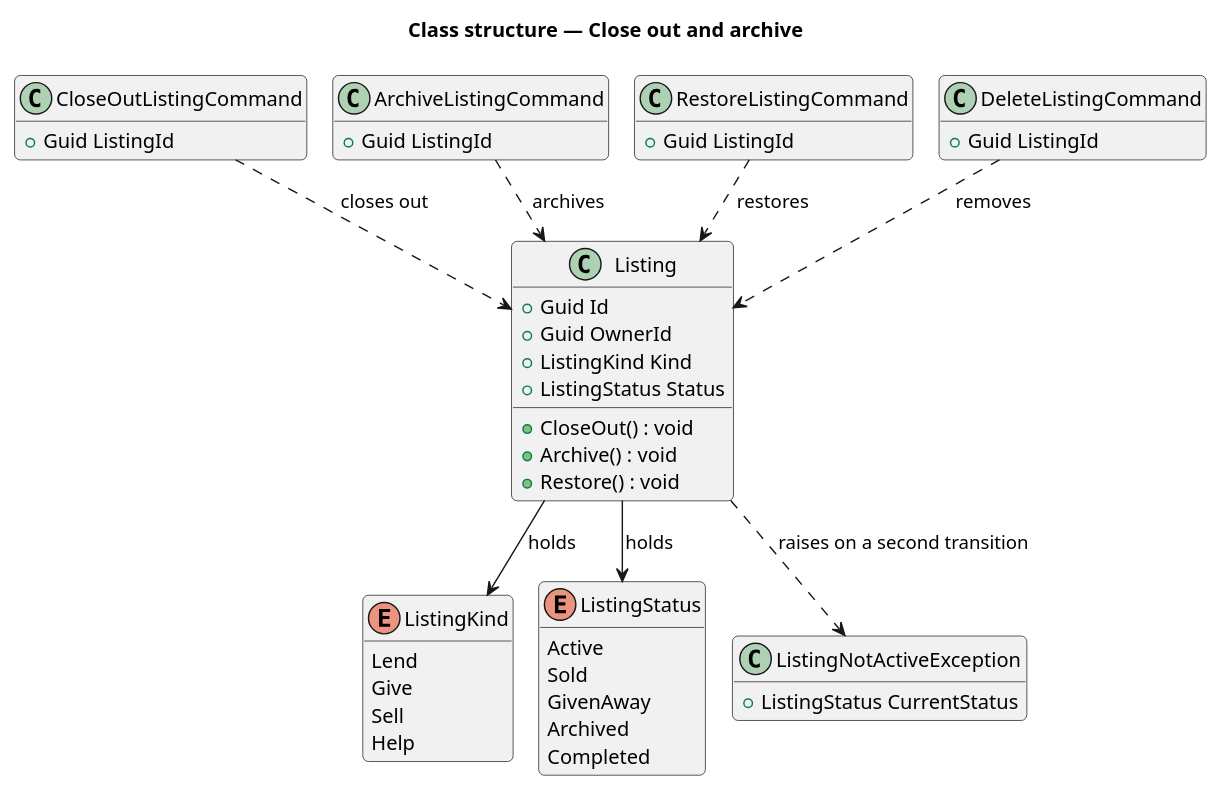
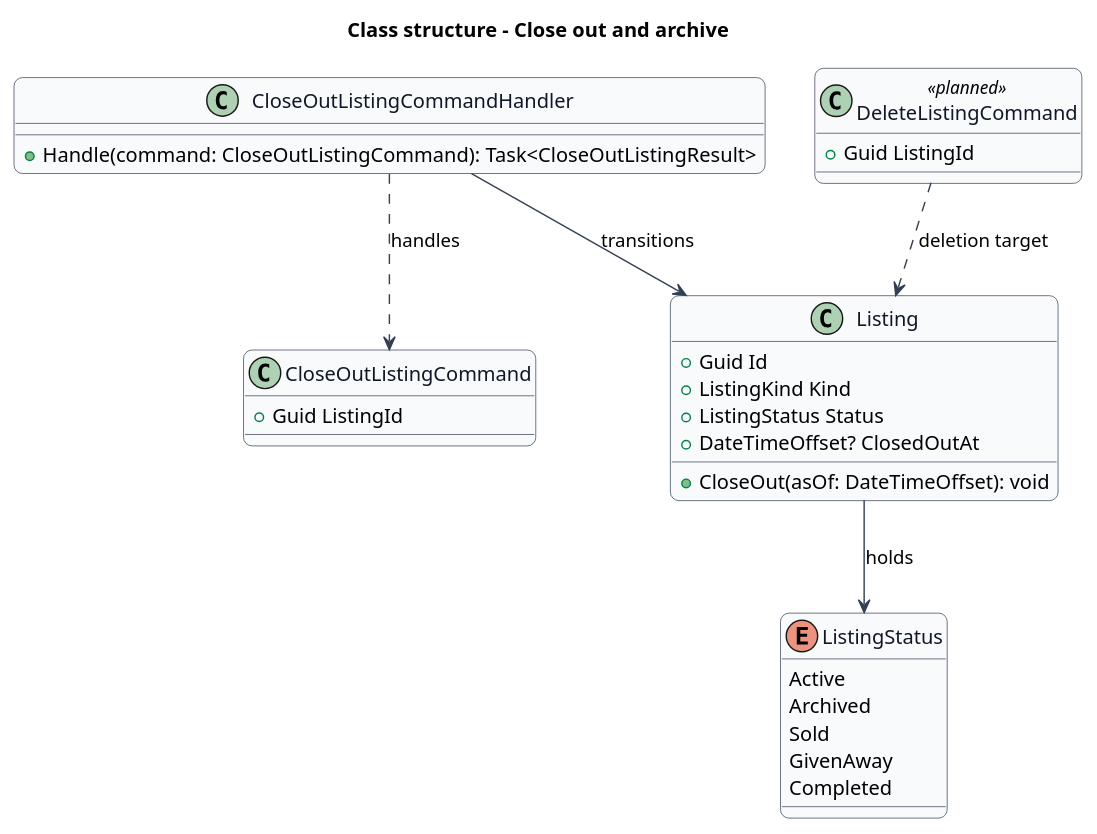
One commit to QuinntyneBrown/Barnabas changed the diagram in docs/detailed-designs/listings/close-out-and-archive/diagrams/class-structure.puml. Above: the diagram before and after it, drawn with PlantUML. The commit also changed 511 other files, not shown here.

```diff
--- a/docs/detailed-designs/listings/close-out-and-archive/diagrams/class-structure.puml
+++ b/docs/detailed-designs/listings/close-out-and-archive/diagrams/class-structure.puml
@@ -1,55 +1,49 @@
 @startuml
-!pragma layout smetana
-title Class structure — Close out and archive
 skinparam backgroundColor #FFFFFF
 skinparam shadowing false
-skinparam roundcorner 8
+skinparam roundcorner 12
 skinparam defaultFontName Arial
-hide empty members
-
+skinparam ArrowColor #344054
+skinparam rectangle {
+  BorderColor #344054
+  FontColor #101828
+}
+skinparam package {
+  BorderColor #667085
+  FontColor #101828
+  BackgroundColor #F9FAFB
+}
+skinparam class {
+  BorderColor #344054
+  FontColor #101828
+  BackgroundColor #F9FAFB
+}
+title Class structure - Close out and archive
 class Listing {
   +Guid Id
-  +Guid OwnerId
   +ListingKind Kind
   +ListingStatus Status
-  +CloseOut() : void
-  +Archive() : void
-  +Restore() : void
-}
-enum ListingKind {
-  Lend
-  Give
-  Sell
-  Help
+  +DateTimeOffset? ClosedOutAt
+  +CloseOut(asOf: DateTimeOffset): void
 }
 enum ListingStatus {
   Active
+  Archived
   Sold
   GivenAway
-  Archived
   Completed
 }
 class CloseOutListingCommand {
   +Guid ListingId
 }
-class ArchiveListingCommand {
+class CloseOutListingCommandHandler {
+  +Handle(command: CloseOutListingCommand): Task<CloseOutListingResult>
+}
+class DeleteListingCommand <<planned>> {
   +Guid ListingId
 }
-class RestoreListingCommand {
-  +Guid ListingId
-}
-class DeleteListingCommand {
-  +Guid ListingId
-}
-class ListingNotActiveException {
-  +ListingStatus CurrentStatus
-}
-
-CloseOutListingCommand ..> Listing : closes out
-ArchiveListingCommand ..> Listing : archives
-RestoreListingCommand ..> Listing : restores
-DeleteListingCommand ..> Listing : removes
-Listing --> ListingKind : holds
 Listing --> ListingStatus : holds
-Listing ..> ListingNotActiveException : raises on a second transition
+CloseOutListingCommandHandler ..> CloseOutListingCommand : handles
+CloseOutListingCommandHandler --> Listing : transitions
+DeleteListingCommand ..> Listing : deletion target
 @enduml
```
